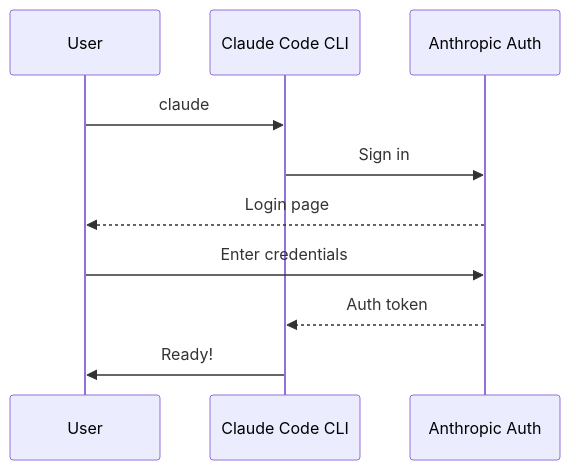
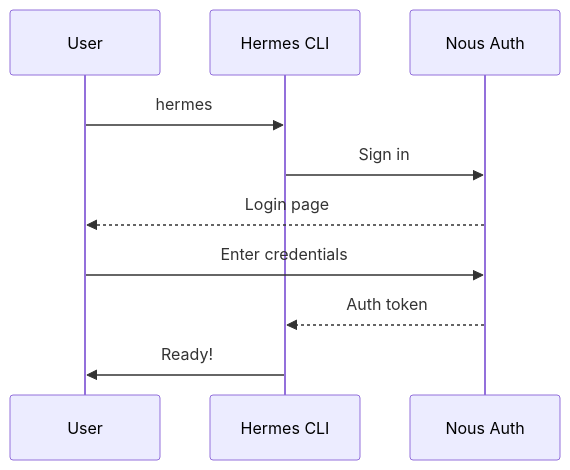
The diagram in 01-quickstart/installation.md (1234567mm/hermes-howto), drawn with Mermaid before and after one commit. The commit also changed other lines of this file and 57 other files, not shown here.

````diff
--- a/01-quickstart/installation.md
+++ b/01-quickstart/installation.md
@@ -85,13 +85,13 @@
 ```mermaid
 sequenceDiagram
     participant User
-    participant CLI as Claude Code CLI
-    participant Auth as Anthropic Auth
+    participant CLI as Hermes CLI
+    participant Auth as Nous Auth
 
-    User->>CLI: claude
+    User->>CLI: hermes
     CLI->>Auth: Sign in
     Auth-->>User: Login page
     User->>Auth: Enter credentials
     Auth-->>CLI: Auth token
     CLI->>User: Ready!
 ```
````
